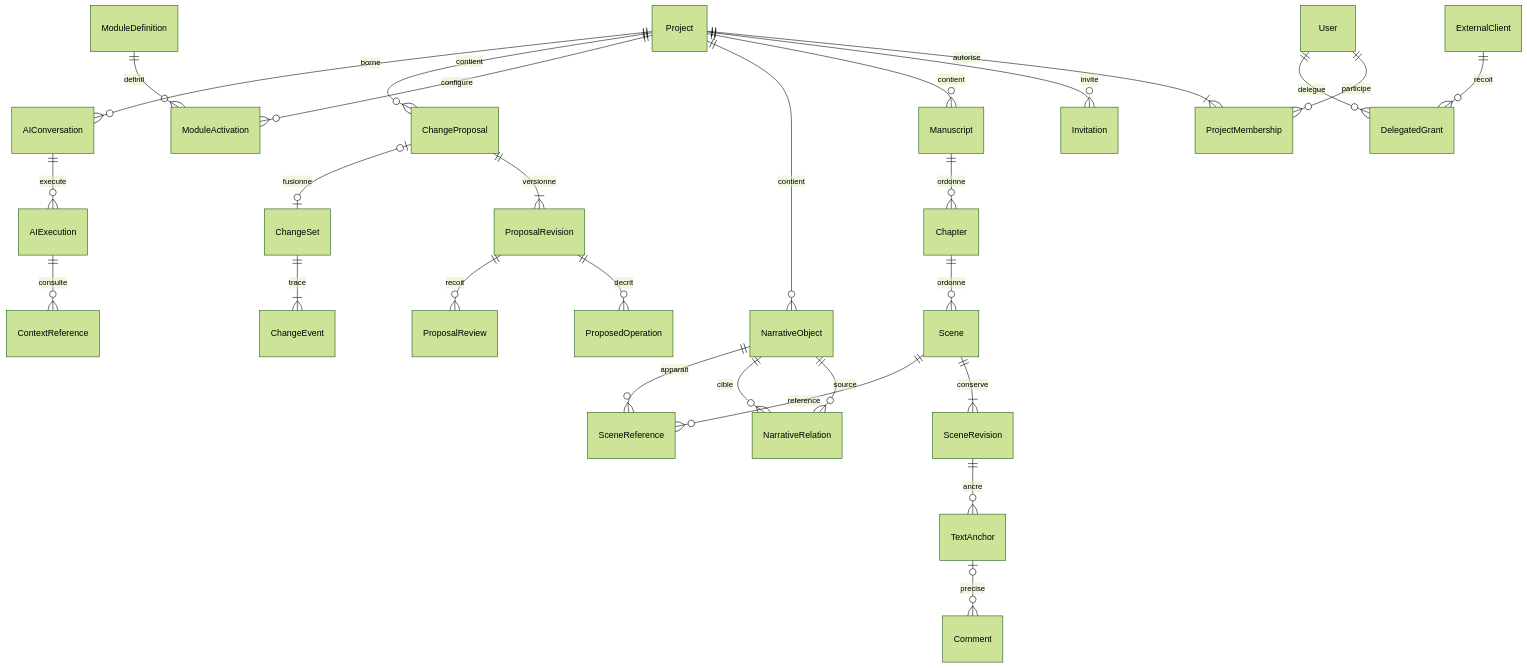
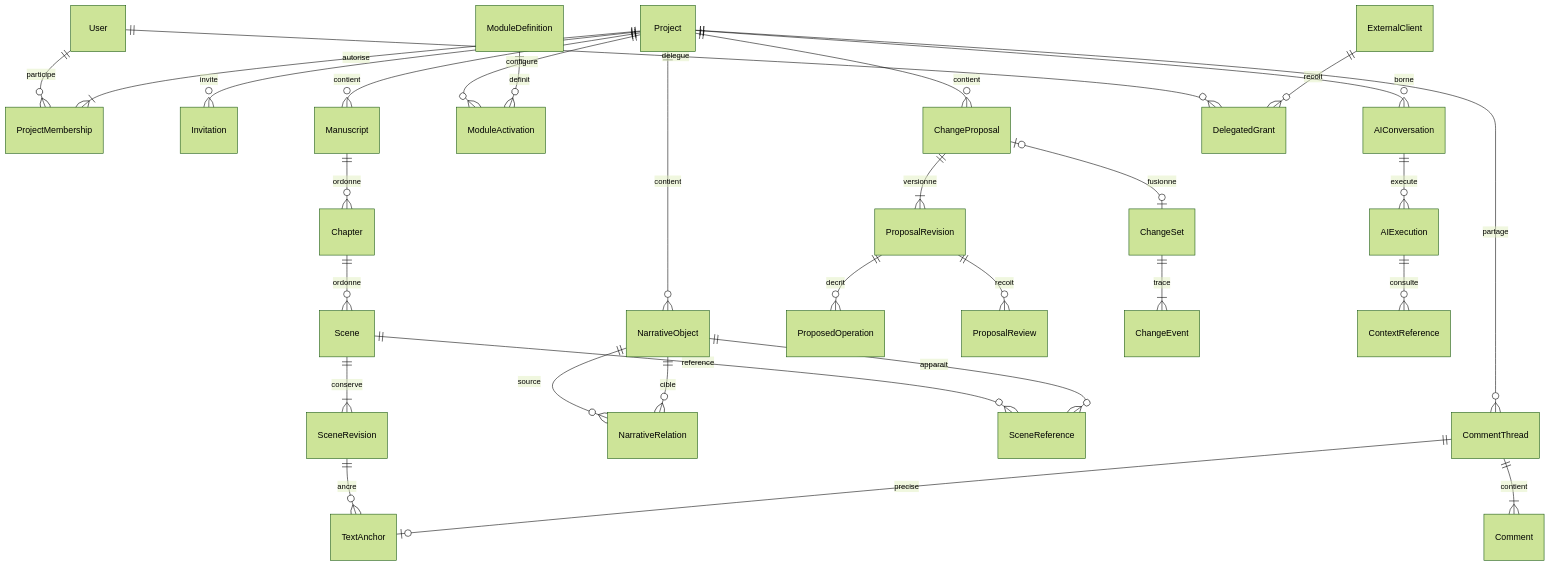
One commit to ZA512/StoryMaster changed the first of 2 diagrams in docs/DOMAIN-MODEL.md. Above: the diagram before and after it, drawn with Mermaid (forest theme). The commit also changed other lines of this file and 69 other files, not shown here.

````diff
--- a/docs/DOMAIN-MODEL.md
+++ b/docs/DOMAIN-MODEL.md
@@ -952,30 +936,32 @@
 ```mermaid
 erDiagram
     User ||--o{ ProjectMembership : participe
     Project ||--|{ ProjectMembership : autorise
     Project ||--o{ Invitation : invite
     Project ||--o{ Manuscript : contient
     Manuscript ||--o{ Chapter : ordonne
     Chapter ||--o{ Scene : ordonne
     Scene ||--|{ SceneRevision : conserve
     Project ||--o{ NarrativeObject : contient
     NarrativeObject ||--o{ NarrativeRelation : source
     NarrativeObject ||--o{ NarrativeRelation : cible
     Scene ||--o{ SceneReference : reference
     NarrativeObject ||--o{ SceneReference : apparait
     Project ||--o{ ModuleActivation : configure
     ModuleDefinition ||--o{ ModuleActivation : definit
     SceneRevision ||--o{ TextAnchor : ancre
-    TextAnchor o|--o{ Comment : precise
+    CommentThread ||--|{ Comment : contient
+    CommentThread ||--o| TextAnchor : precise
+    Project ||--o{ CommentThread : partage
     Project ||--o{ ChangeProposal : contient
     ChangeProposal ||--|{ ProposalRevision : versionne
     ProposalRevision ||--o{ ProposedOperation : decrit
     ProposalRevision ||--o{ ProposalReview : recoit
     ChangeProposal o|--o| ChangeSet : fusionne
     ChangeSet ||--|{ ChangeEvent : trace
     Project ||--o{ AIConversation : borne
     AIConversation ||--o{ AIExecution : execute
     AIExecution ||--o{ ContextReference : consulte
     User ||--o{ DelegatedGrant : delegue
     ExternalClient ||--o{ DelegatedGrant : recoit
 ```
````
